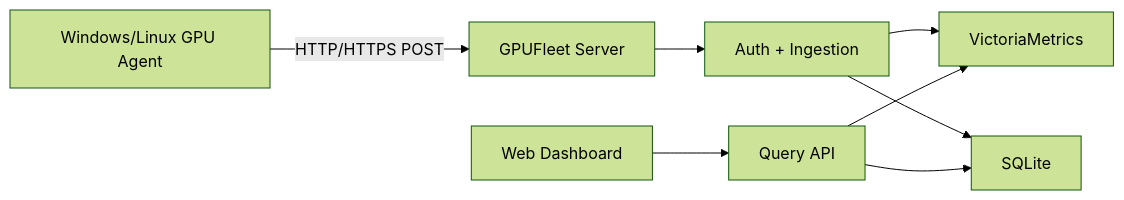
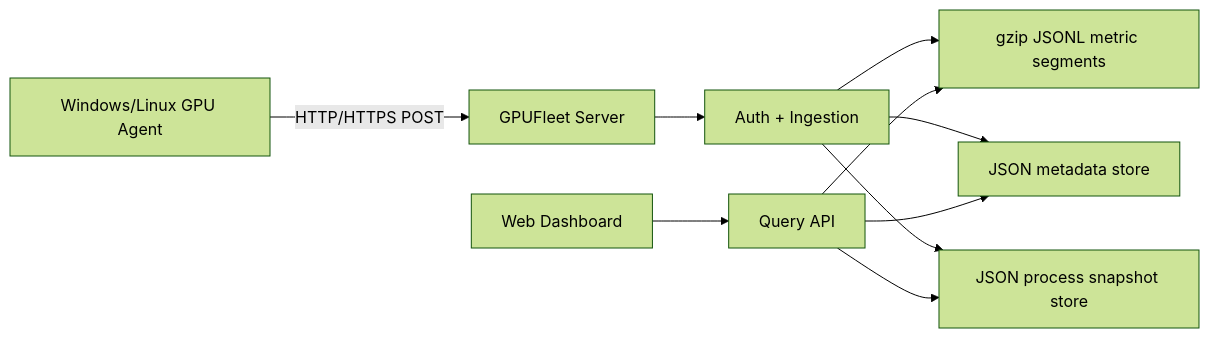
Before and after one commit to stlin256/GPU-Fleet: the diagram in docs/02-architecture.md, drawn with Mermaid (forest theme). The commit also changed other lines of this file and 10 other files, not shown here.

````diff
--- a/docs/02-architecture.md
+++ b/docs/02-architecture.md
@@ -13,10 +13,12 @@
 ```mermaid
 flowchart LR
   A["Windows/Linux GPU Agent"] -->|HTTP/HTTPS POST| B["GPUFleet Server"]
   B --> C["Auth + Ingestion"]
-  C --> D["VictoriaMetrics"]
-  C --> E["SQLite"]
+  C --> D["gzip JSONL metric segments"]
+  C --> E["JSON metadata store"]
+  C --> H["JSON process snapshot store"]
   F["Web Dashboard"] --> G["Query API"]
   G --> D
   G --> E
+  G --> H
 ```
````
